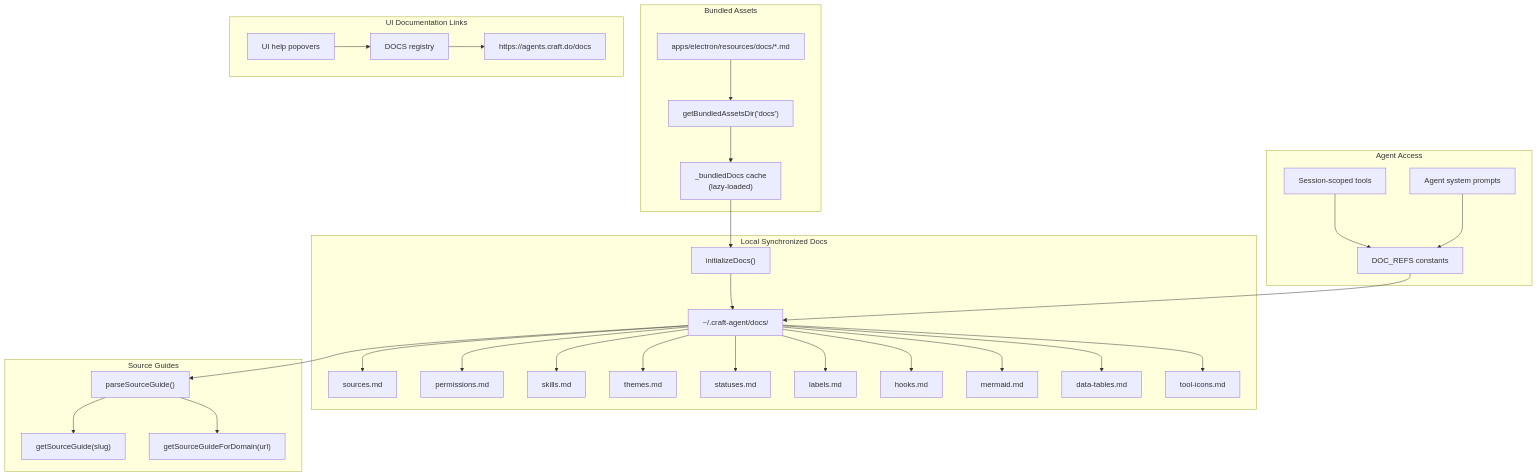
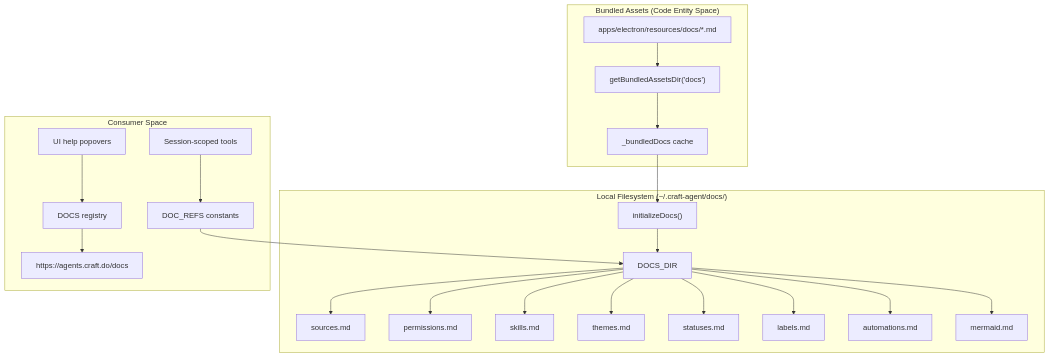
The first of 3 diagrams in docs/lukilabs_craft-agents-oss/architecture/documentation-system.md (blackcater/zentree), drawn with Mermaid before and after one commit. The commit also changed other lines of this file and 232 other files, not shown here.

````diff
--- a/docs/lukilabs_craft-agents-oss/architecture/documentation-system.md
+++ b/docs/lukilabs_craft-agents-oss/architecture/documentation-system.md
@@ -25,59 +29,40 @@
 ```mermaid
 graph TB
-    subgraph "Bundled Assets"
+    subgraph "Bundled Assets (Code Entity Space)"
         ResourcesDocs["apps/electron/resources/docs/*.md"]
         AssetLoader["getBundledAssetsDir('docs')"]
-        BundledCache["_bundledDocs cache<br/>(lazy-loaded)"]
-
+        BundledCache["_bundledDocs cache"]
+        
         ResourcesDocs --> AssetLoader
         AssetLoader --> BundledCache
     end
-
-    subgraph "Local Synchronized Docs"
-        DocsDir["~/.craft-agent/docs/"]
+    
+    subgraph "Local Filesystem (~/.craft-agent/docs/)"
+        DocsDir["DOCS_DIR"]
         InitDocs["initializeDocs()"]
-
+        
         DocsDir --> SourcesMd["sources.md"]
         DocsDir --> PermissionsMd["permissions.md"]
         DocsDir --> SkillsMd["skills.md"]
         DocsDir --> ThemesMd["themes.md"]
         DocsDir --> StatusesMd["statuses.md"]
         DocsDir --> LabelsMd["labels.md"]
-        DocsDir --> HooksMd["hooks.md"]
+        DocsDir --> AutomationsMd["automations.md"]
         DocsDir --> MermaidMd["mermaid.md"]
-        DocsDir --> DataTablesMd["data-tables.md"]
-        DocsDir --> ToolIconsMd["tool-icons.md"]
-
+        
         BundledCache --> InitDocs
         InitDocs --> DocsDir
     end
-
-    subgraph "Agent Access"
+    
+    subgraph "Consumer Space"
         DocRefs["DOC_REFS constants"]
         AgentTools["Session-scoped tools"]
-        SystemPrompts["Agent system prompts"]
-
+        HelpUI["UI help popovers"]
+        DocLinks["DOCS registry"]
+        
         DocRefs --> DocsDir
         AgentTools --> DocRefs
-        SystemPrompts --> DocRefs
-    end
-
-    subgraph "UI Documentation Links"
-        DocLinks["DOCS registry"]
-        OnlineDocs["https://agents.craft.do/docs"]
-        HelpPopovers["UI help popovers"]
-
-        DocLinks --> OnlineDocs
-        HelpPopovers --> DocLinks
-    end
-
-    subgraph "Source Guides"
-        SourceGuideParser["parseSourceGuide()"]
-        GuideRetrieval["getSourceGuide(slug)"]
-        DomainLookup["getSourceGuideForDomain(url)"]
-
-        DocsDir --> SourceGuideParser
-        SourceGuideParser --> GuideRetrieval
-        SourceGuideParser --> DomainLookup
+        HelpUI --> DocLinks
+        DocLinks --> OnlineDocs["https://agents.craft.do/docs"]
     end
 ```
````
